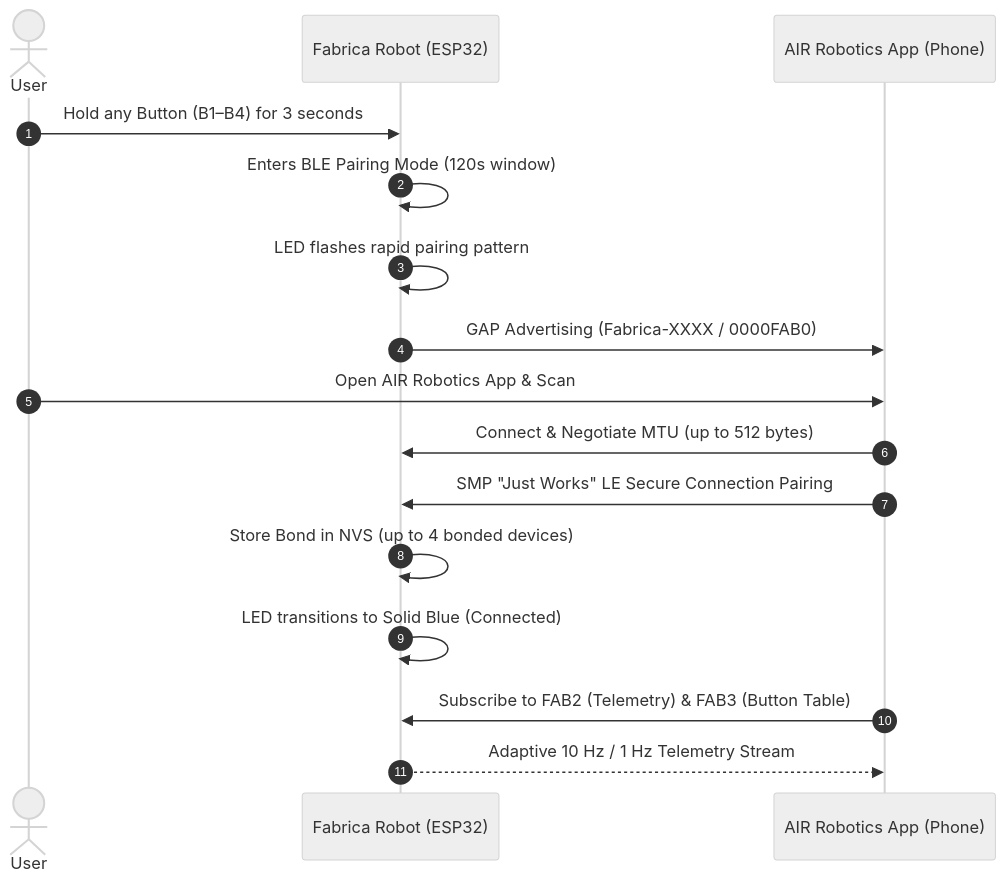
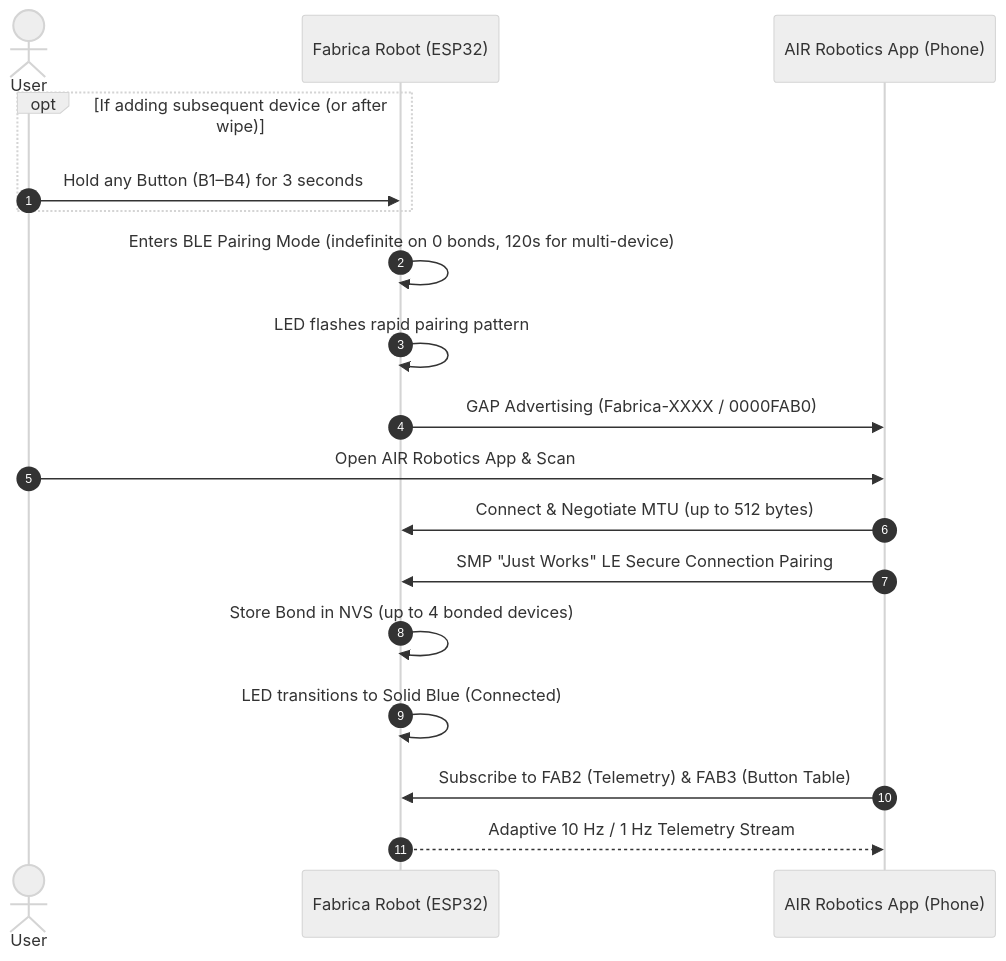
One commit to aiandrobotics/fabrica changed the diagram in mobile-app/README.md. Above: the diagram before and after it, drawn with Mermaid (neutral theme). The commit also changed other lines of this file and 8 other files, not shown here.

Commit message:
docs(specs): align all specifications and documentation with indefinite zero-bond pairing

````diff
--- a/mobile-app/README.md
+++ b/mobile-app/README.md
@@ -75,19 +75,21 @@
 ```mermaid
 sequenceDiagram
     autonumber
     actor User
     participant Robot as Fabrica Robot (ESP32)
     participant App as AIR Robotics App (Phone)
 
-    User->>Robot: Hold any Button (B1–B4) for 3 seconds
-    Robot->>Robot: Enters BLE Pairing Mode (120s window)
+    opt If adding subsequent device (or after wipe)
+        User->>Robot: Hold any Button (B1–B4) for 3 seconds
+    end
+    Robot->>Robot: Enters BLE Pairing Mode (indefinite on 0 bonds, 120s for multi-device)
     Robot->>Robot: LED flashes rapid pairing pattern
     Robot->>App: GAP Advertising (Fabrica-XXXX / 0000FAB0)
     User->>App: Open AIR Robotics App & Scan
     App->>Robot: Connect & Negotiate MTU (up to 512 bytes)
     App->>Robot: SMP "Just Works" LE Secure Connection Pairing
     Robot->>Robot: Store Bond in NVS (up to 4 bonded devices)
     Robot->>Robot: LED transitions to Solid Blue (Connected)
     App->>Robot: Subscribe to FAB2 (Telemetry) & FAB3 (Button Table)
     Robot-->>App: Adaptive 10 Hz / 1 Hz Telemetry Stream
 ```
````
